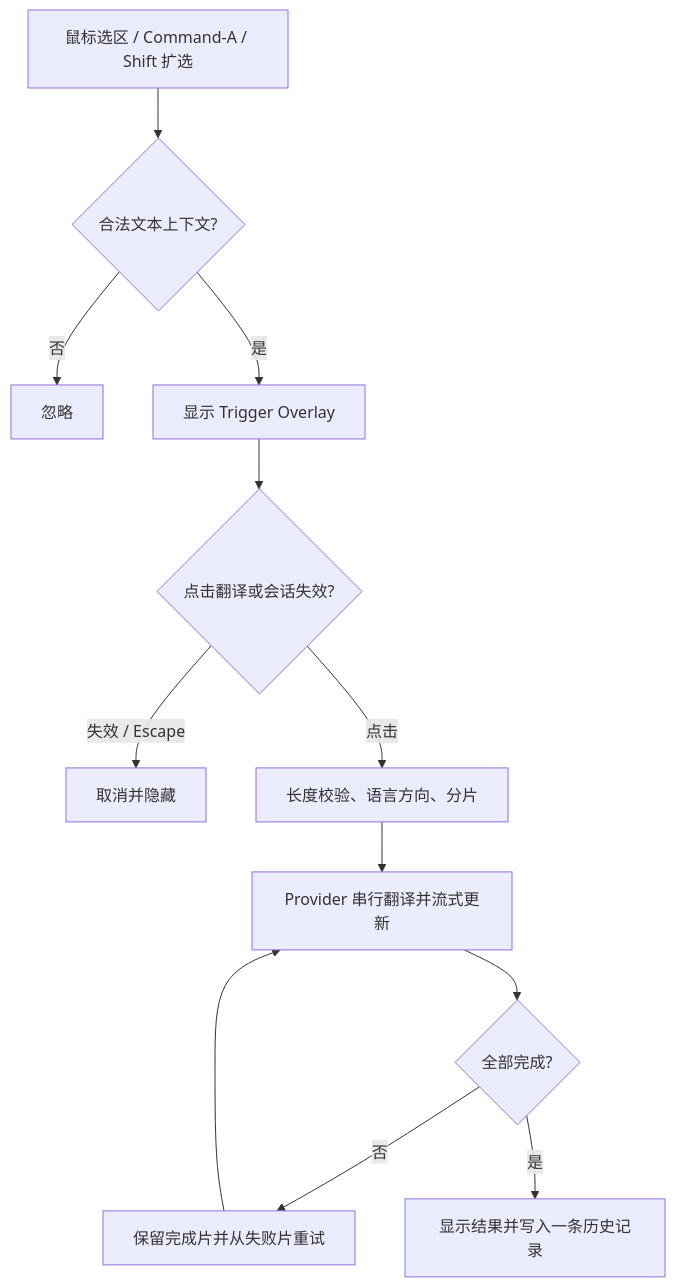
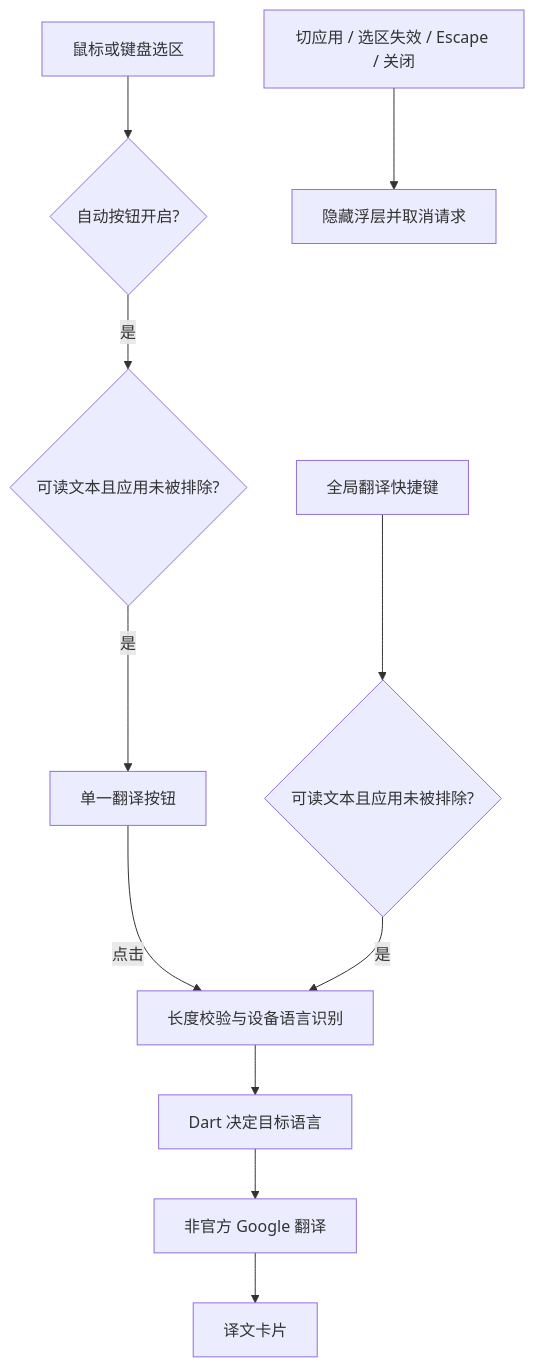
The diagram in docs/architecture.md (1504101951/translateApp), drawn with Mermaid before and after one commit. The commit also changed other lines of this file and 21 other files, not shown here.

````diff
--- a/docs/architecture.md
+++ b/docs/architecture.md
@@ -20,14 +15,13 @@
 ```mermaid
 flowchart TD
-    A[鼠标选区 / Command-A / Shift 扩选] --> B{合法文本上下文?}
-    B -- 否 --> C[忽略]
-    B -- 是 --> D[显示 Trigger Overlay]
-    D --> E{点击翻译或会话失效?}
-    E -- 失效 / Escape --> F[取消并隐藏]
-    E -- 点击 --> G[长度校验、语言方向、分片]
-    G --> H[Provider 串行翻译并流式更新]
-    H --> I{全部完成?}
-    I -- 否 --> J[保留完成片并从失败片重试]
-    J --> H
-    I -- 是 --> K[显示结果并写入一条历史记录]
+    A[鼠标或键盘选区] --> B{自动按钮开启?}
+    B -- 是 --> C{可读文本且应用未被排除?}
+    C -- 是 --> D[单一翻译按钮]
+    D -- 点击 --> F[长度校验与设备语言识别]
+    E[全局翻译快捷键] --> G{可读文本且应用未被排除?}
+    G -- 是 --> F
+    F --> H[Dart 决定目标语言]
+    H --> I[非官方 Google 翻译]
+    I --> J[译文卡片]
+    K[切应用 / 选区失效 / Escape / 关闭] --> L[隐藏浮层并取消请求]
 ```
````
